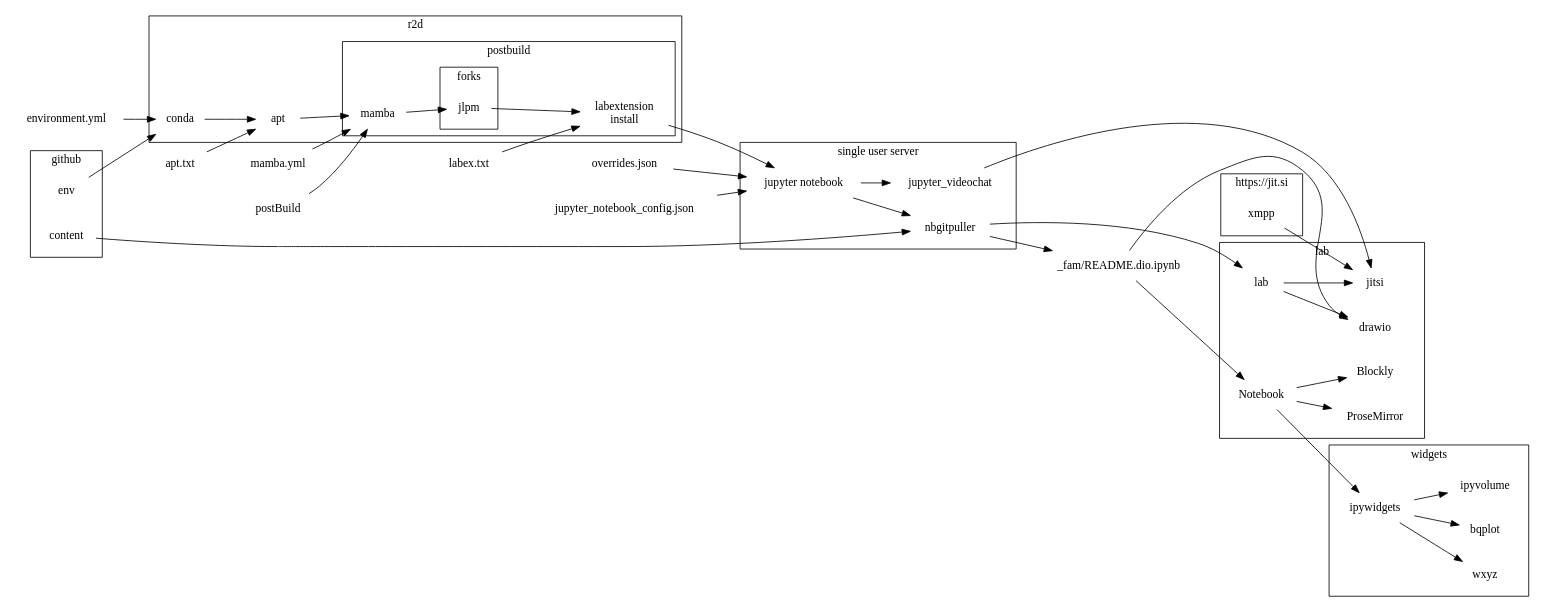
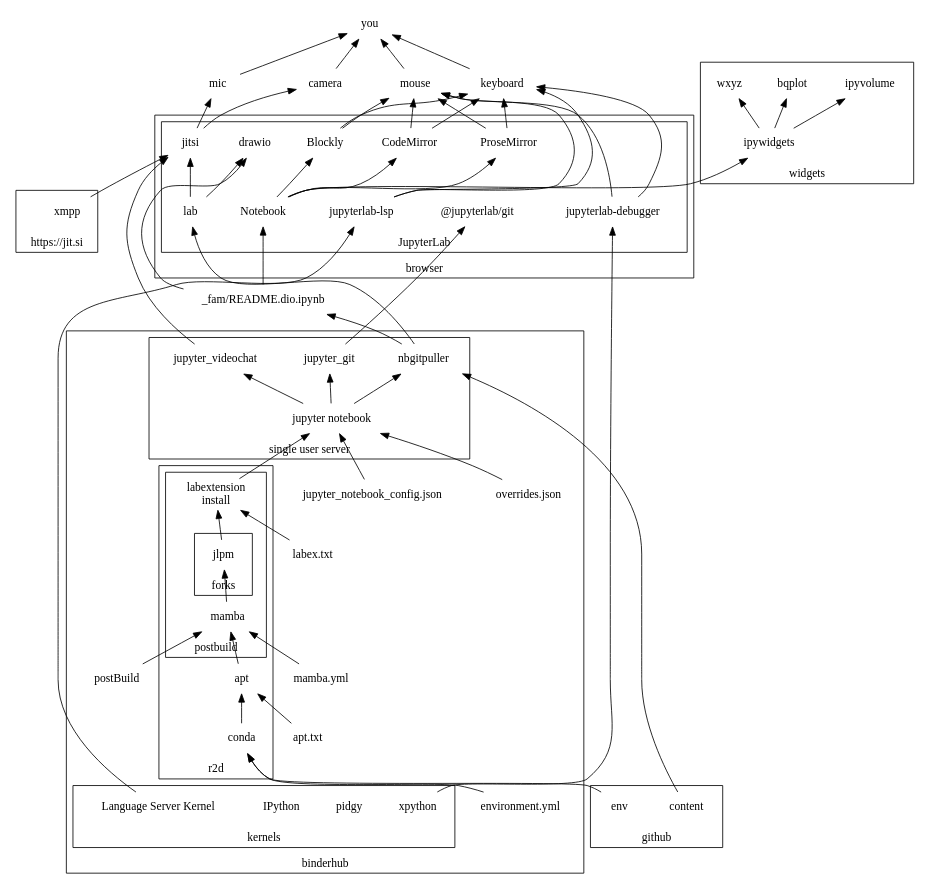
One commit to deathbeds/_fam changed the diagram in env.dot. Above: the diagram before and after it, drawn with Graphviz. The commit also changed 1 other file, not shown here.

```diff
--- a/env.dot
+++ b/env.dot
@@ -1,76 +1,101 @@
 digraph {
-    rankdir=LR
+    rankdir=BT
     node[shape=none]
     env[label="environment.yml"]
     mamba_env[label="mamba.yml"]
     mamba
     apt_txt[label="apt.txt"]
     overrides[label="overrides.json"]
     jnc[label="jupyter_notebook_config.json"]
     labext[label="labex.txt"]
     postBuild
 
     readme[label="_fam/README.dio.ipynb"]
 
     subgraph cluster_github {
         label="github"
         env_branch[label="env"]
         content_branch[label="content"]
     }
+    
+    subgraph cluster_binderhub {
+        label="binderhub"
+        subgraph cluster_r2d {
+            label=r2d
+            conda
+            apt
+            subgraph cluster_postbuild {
+                label="postbuild"
+                mamba
 
-    subgraph cluster_r2d {
-        label=r2d
-        conda
-        apt
-        subgraph cluster_postbuild {
-            label="postbuild"
-            mamba
+                subgraph cluster_forks {
+                    label="forks"
+                    jlpm
+                }
 
-            subgraph cluster_forks {
-                label="forks"
-                jlpm
+                lab_install[label="labextension\ninstall"]
             }
-
-            lab_install[label="labextension\ninstall"]
         }
-    }
-    env -> conda
-    env_branch -> conda -> apt -> mamba
-    apt_txt -> apt
-    postBuild -> mamba -> jlpm -> lab_install
-    mamba_env -> mamba
-    labext -> lab_install
-    lab_install -> start
-    {jnc overrides} -> start -> jvc
-    subgraph cluster_single {
-        label="single user server"
-        start[label="jupyter notebook"]
-        nbgitpuller
-        jvc[label="jupyter_videochat"]
+        env -> conda
+        env_branch -> conda -> apt -> mamba
+        apt_txt -> apt
+        postBuild -> mamba -> jlpm -> lab_install
+        mamba_env -> mamba
+        labext -> lab_install
+        lab_install -> start
+        {jnc overrides} -> start -> jvc
+        subgraph cluster_single {
+            label="single user server"
+            start[label="jupyter notebook"]
+            nbgitpuller
+            jvc[label="jupyter_videochat"]
+            jg[label="jupyter_git"]
+        }
+        subgraph cluster_kernels {
+            label="kernels"
+            lsp_kernel[label="Language Server Kernel"]
+            pidgy
+            IPython
+            xpython
+        }
     }
     subgraph cluster_jitsi {
         label="https://jit.si"
         xmpp
     }
     start -> nbgitpuller
     content_branch -> nbgitpuller -> readme
     subgraph cluster_browser {
-        label="lab"
-        lab
-        jitsi
-        drawio
-        Notebook
-        ProseMirror
-        Blockly
+        label="browser"
+        subgraph cluster_lab {
+            label="JupyterLab"
+            lab
+            jitsi
+            drawio
+            Notebook
+            ProseMirror
+            Blockly
+            CodeMirror
+            lab_lsp[label="jupyterlab-lsp"]
+            lab_debug[label="jupyterlab-debugger"]
+            lab_git[label="@jupyterlab/git"]
+        }
     }
+    lsp_kernel -> lab_lsp
+    xpython -> lab_debug
+    jg -> lab_git
+    start -> jg
     jvc -> jitsi
     xmpp -> jitsi
     nbgitpuller -> lab -> {jitsi drawio}
     readme -> drawio
-    readme -> Notebook -> {Blockly ProseMirror}
+    readme -> Notebook -> {Blockly ProseMirror CodeMirror}
     subgraph cluster_widgets {
         label="widgets"
         ipywidgets -> {wxyz bqplot ipyvolume}
     }
     Notebook -> ipywidgets
+    {keyboard mouse camera mic} -> you
+    {ProseMirror CodeMirror Blockly lab_lsp lab_debug} -> {keyboard mouse}
+    jitsi -> {camera mic}
 }
```
